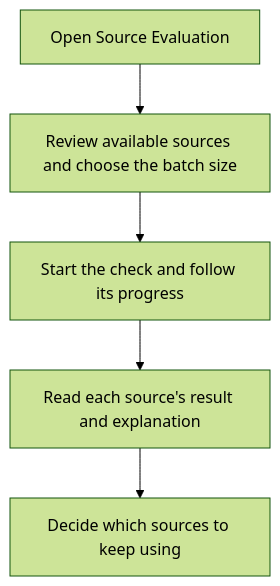
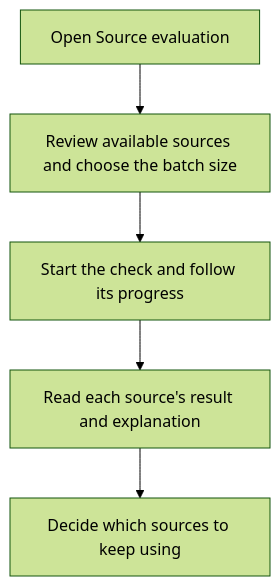
The second of 6 diagrams in docs/kmk/feature-guides/source-evaluation.md (FancyCorey/komikku-fc), drawn with Mermaid (forest theme) before and after one commit. The commit also changed other lines of this file and 22 other files, not shown here.

````diff
--- a/docs/kmk/feature-guides/source-evaluation.md
+++ b/docs/kmk/feature-guides/source-evaluation.md
@@ -107,7 +172,7 @@
 ```mermaid
 flowchart TD
-    Settings["Open Source Evaluation"] --> Queue["Review available sources and choose the batch size"]
+    Settings["Open Source evaluation"] --> Queue["Review available sources and choose the batch size"]
     Queue --> Probes["Start the check and follow its progress"]
     Probes --> Evidence["Read each source's result and explanation"]
     Evidence --> Verdict["Decide which sources to keep using"]
 ```
````
